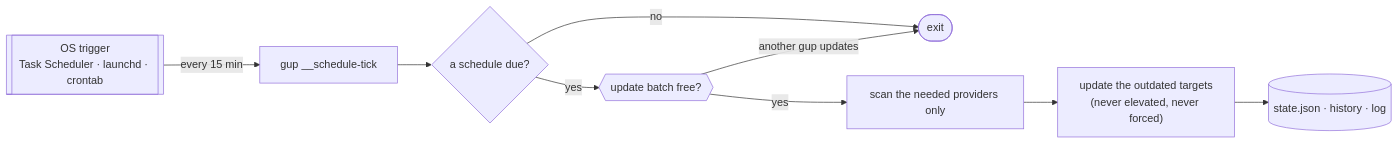
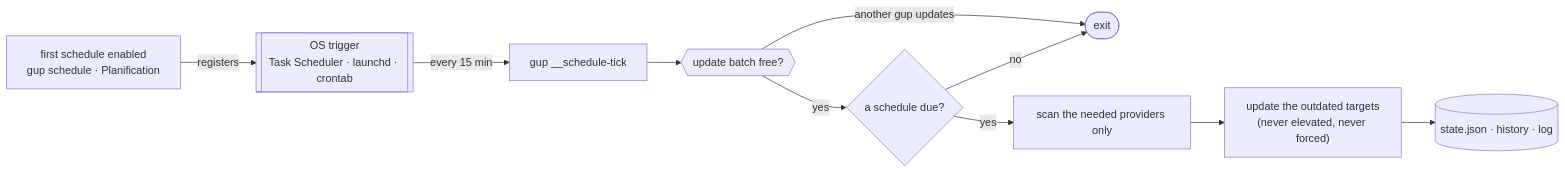
One commit to LINDECKER-Charles/gup changed the diagram in docs/guide/scheduled-updates.md. Above: the diagram before and after it, drawn with Mermaid. The commit also changed other lines of this file and 1 other file, not shown here.

````diff
--- a/docs/guide/scheduled-updates.md
+++ b/docs/guide/scheduled-updates.md
@@ -37,11 +37,12 @@
 ```mermaid
 flowchart LR
-  OS[["OS trigger<br/>Task Scheduler · launchd · crontab"]] -- every 15 min --> Tick["gup __schedule-tick"]
-  Tick --> Due{"a schedule due?"}
-  Due -- no --> Exit(["exit"])
-  Due -- yes --> Batch{{"update batch free?"}}
-  Batch -- "another gup updates" --> Exit
-  Batch -- yes --> Scan["scan the needed providers only"]
+  Save["first schedule enabled<br/>gup schedule · Planification"] -->|registers| OS[["OS trigger<br/>Task Scheduler · launchd · crontab"]]
+  OS -- every 15 min --> Tick["gup __schedule-tick"]
+  Tick --> Batch{{"update batch free?"}}
+  Batch -- "another gup updates" --> Exit(["exit"])
+  Batch -- yes --> Due{"a schedule due?"}
+  Due -- no --> Exit
+  Due -- yes --> Scan["scan the needed providers only"]
   Scan --> Update["update the outdated targets<br/>(never elevated, never forced)"]
   Update --> Record[("state.json · history · log")]
 ```
````
